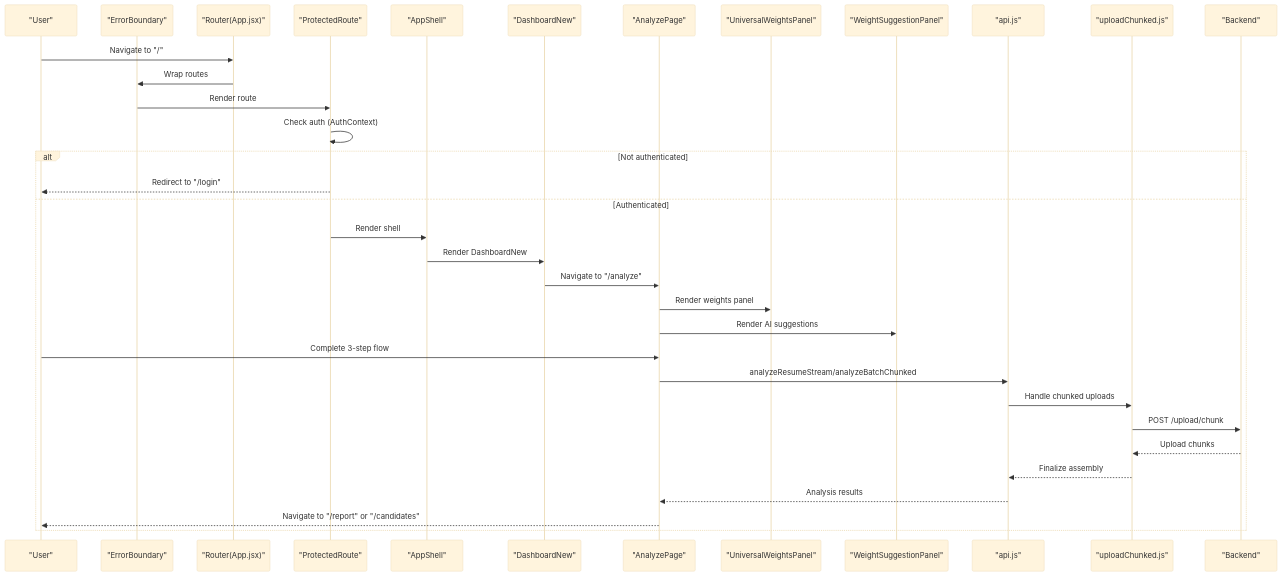
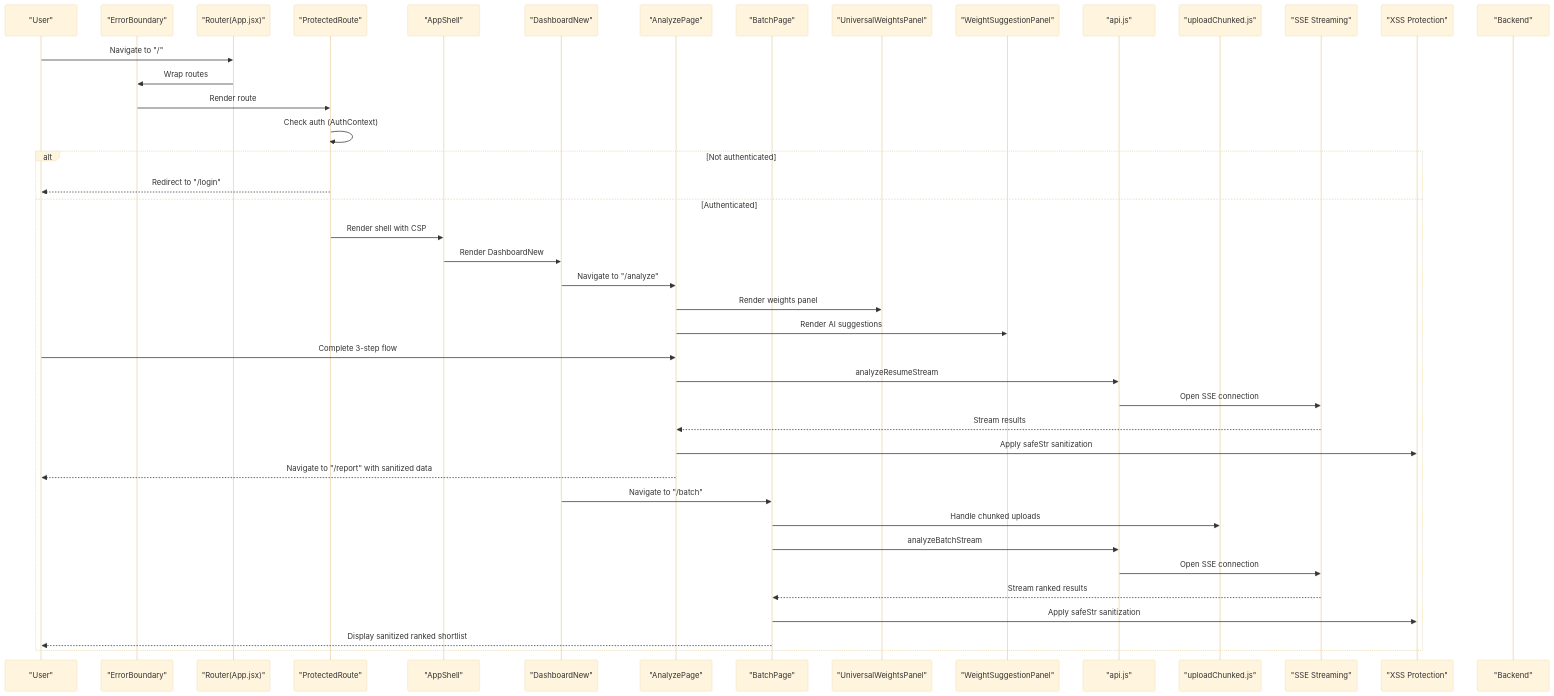
Before and after one commit to Revanththetalogics/aireume: the second of 24 diagrams in .qoder/repowiki/en/content/Frontend Architecture/Frontend Architecture.md, drawn with Mermaid (base theme). The commit also changed other lines of this file and 61 other files, not shown here.

````diff
--- a/.qoder/repowiki/en/content/Frontend Architecture/Frontend Architecture.md
+++ b/.qoder/repowiki/en/content/Frontend Architecture/Frontend Architecture.md
@@ -216,36 +244,44 @@
 ```mermaid
 sequenceDiagram
 participant U as "User"
 participant EB as "ErrorBoundary"
 participant R as "Router(App.jsx)"
 participant P as "ProtectedRoute"
 participant S as "AppShell"
 participant DN as "DashboardNew"
 participant AP as "AnalyzePage"
+participant BP as "BatchPage"
 participant UWP as "UniversalWeightsPanel"
 participant WSP as "WeightSuggestionPanel"
 participant API as "api.js"
 participant UC as "uploadChunked.js"
+participant SSE as "SSE Streaming"
+participant SEC as "XSS Protection"
 participant BE as "Backend"
 U->>R : Navigate to "/"
 R->>EB : Wrap routes
 EB->>P : Render route
 P->>P : Check auth (AuthContext)
 alt Not authenticated
 P-->>U : Redirect to "/login"
 else Authenticated
-P->>S : Render shell
+P->>S : Render shell with CSP
 S->>DN : Render DashboardNew
 DN->>AP : Navigate to "/analyze"
 AP->>UWP : Render weights panel
 AP->>WSP : Render AI suggestions
 U->>AP : Complete 3-step flow
-AP->>API : analyzeResumeStream/analyzeBatchChunked
-API->>UC : Handle chunked uploads
-UC->>BE : POST /upload/chunk
-BE-->>UC : Upload chunks
-UC-->>API : Finalize assembly
-API-->>AP : Analysis results
-AP-->>U : Navigate to "/report" or "/candidates"
+AP->>API : analyzeResumeStream
+API->>SSE : Open SSE connection
+SSE-->>AP : Stream results
+AP->>SEC : Apply safeStr sanitization
+AP-->>U : Navigate to "/report" with sanitized data
+DN->>BP : Navigate to "/batch"
+BP->>UC : Handle chunked uploads
+BP->>API : analyzeBatchStream
+API->>SSE : Open SSE connection
+SSE-->>BP : Stream ranked results
+BP->>SEC : Apply safeStr sanitization
+BP-->>U : Display sanitized ranked shortlist
 end
 ```
````
